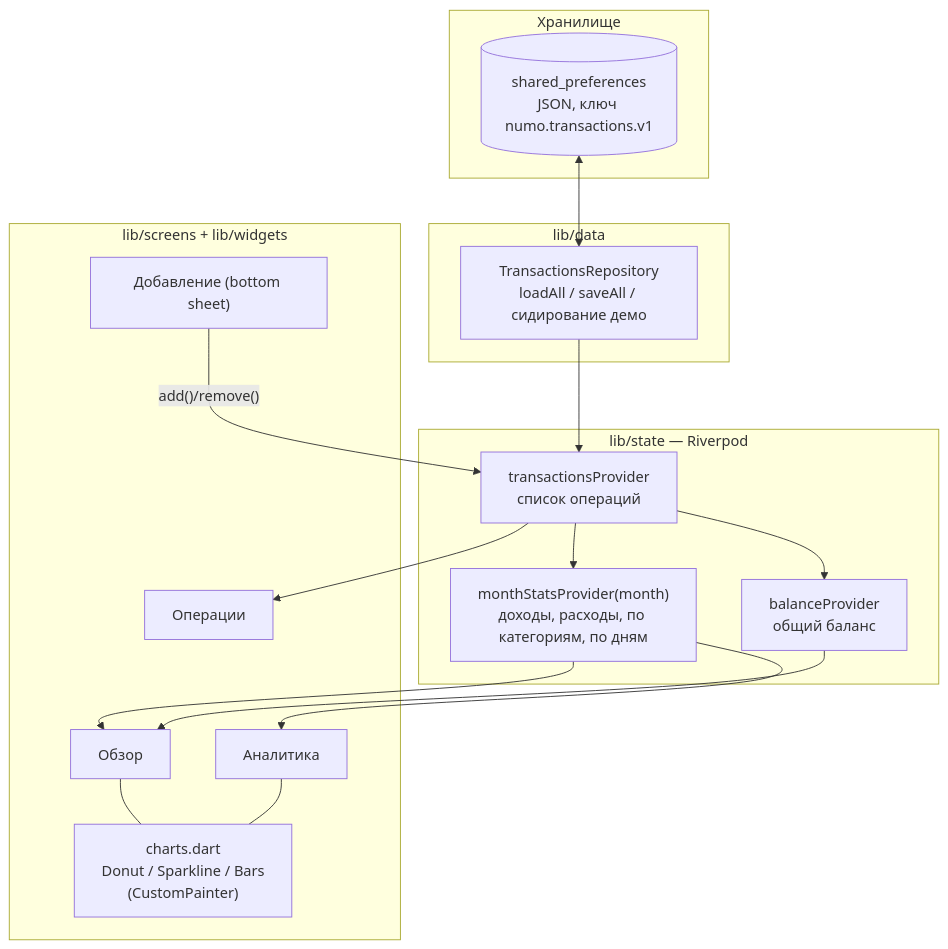
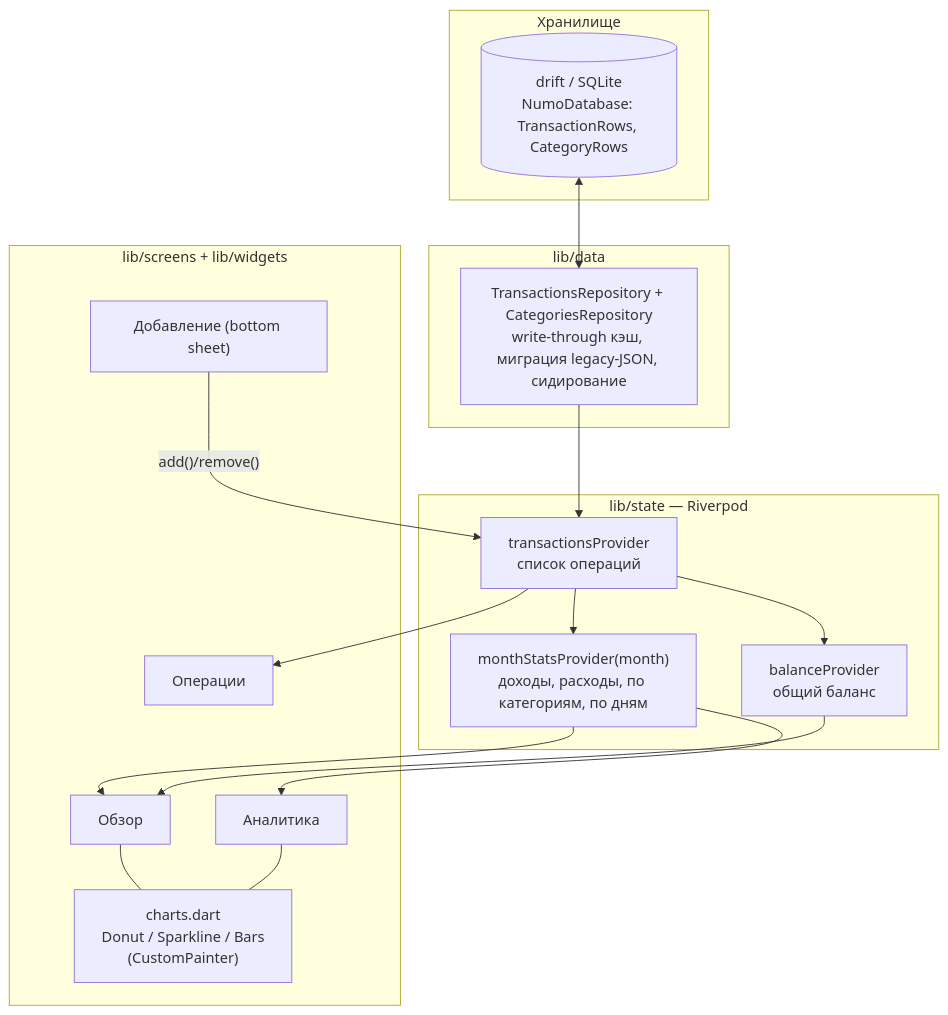
Before and after one commit to elementary1997/Numo: the diagram in docs/architecture.md, drawn with Mermaid. The commit also changed other lines of this file and 20 other files, not shown here.

First line of the commit message:
feat: migrate storage to drift/SQLite

````diff
--- a/docs/architecture.md
+++ b/docs/architecture.md
@@ -5,33 +5,33 @@
 ```mermaid
 flowchart TB
     subgraph storage["Хранилище"]
-        SP[("shared_preferences\nJSON, ключ numo.transactions.v1")]
+        SP[("drift / SQLite\nNumoDatabase: TransactionRows, CategoryRows")]
     end
 
     subgraph data["lib/data"]
-        REPO["TransactionsRepository\nloadAll / saveAll / сидирование демо"]
+        REPO["TransactionsRepository + CategoriesRepository\nwrite-through кэш, миграция legacy-JSON, сидирование"]
     end
 
     subgraph state["lib/state — Riverpod"]
         TXS["transactionsProvider\nсписок операций"]
         STATS["monthStatsProvider(month)\nдоходы, расходы, по категориям, по дням"]
         BAL["balanceProvider\nобщий баланс"]
     end
 
     subgraph ui["lib/screens + lib/widgets"]
         DASH["Обзор"]
         LIST["Операции"]
         AN["Аналитика"]
         ADD["Добавление (bottom sheet)"]
         CHARTS["charts.dart\nDonut / Sparkline / Bars\n(CustomPainter)"]
     end
 
     SP <--> REPO
     REPO --> TXS
     TXS --> STATS & BAL
     STATS --> DASH & AN
     BAL --> DASH
     TXS --> LIST
     ADD -- "add()/remove()" --> TXS
     DASH & AN --- CHARTS
 ```
````
